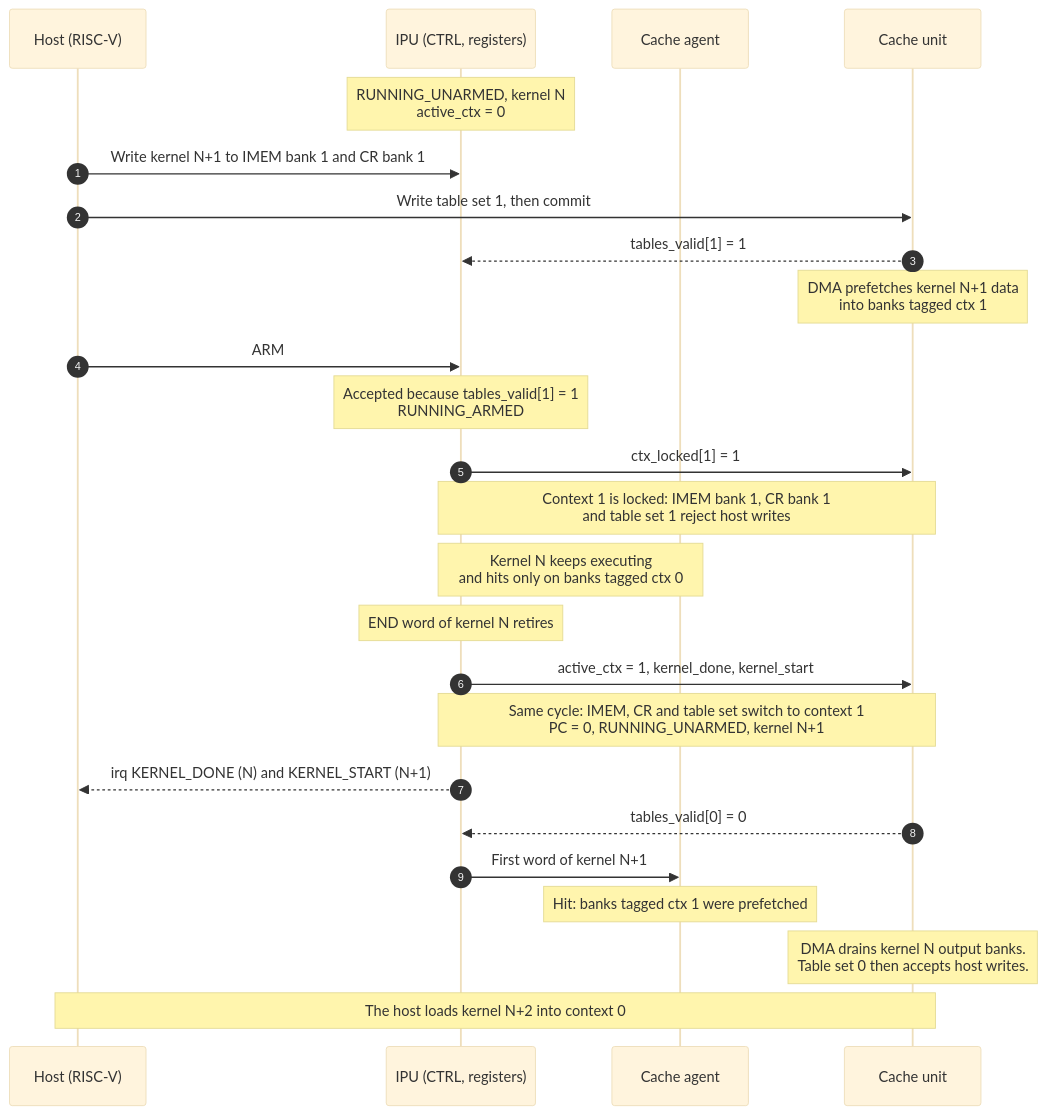
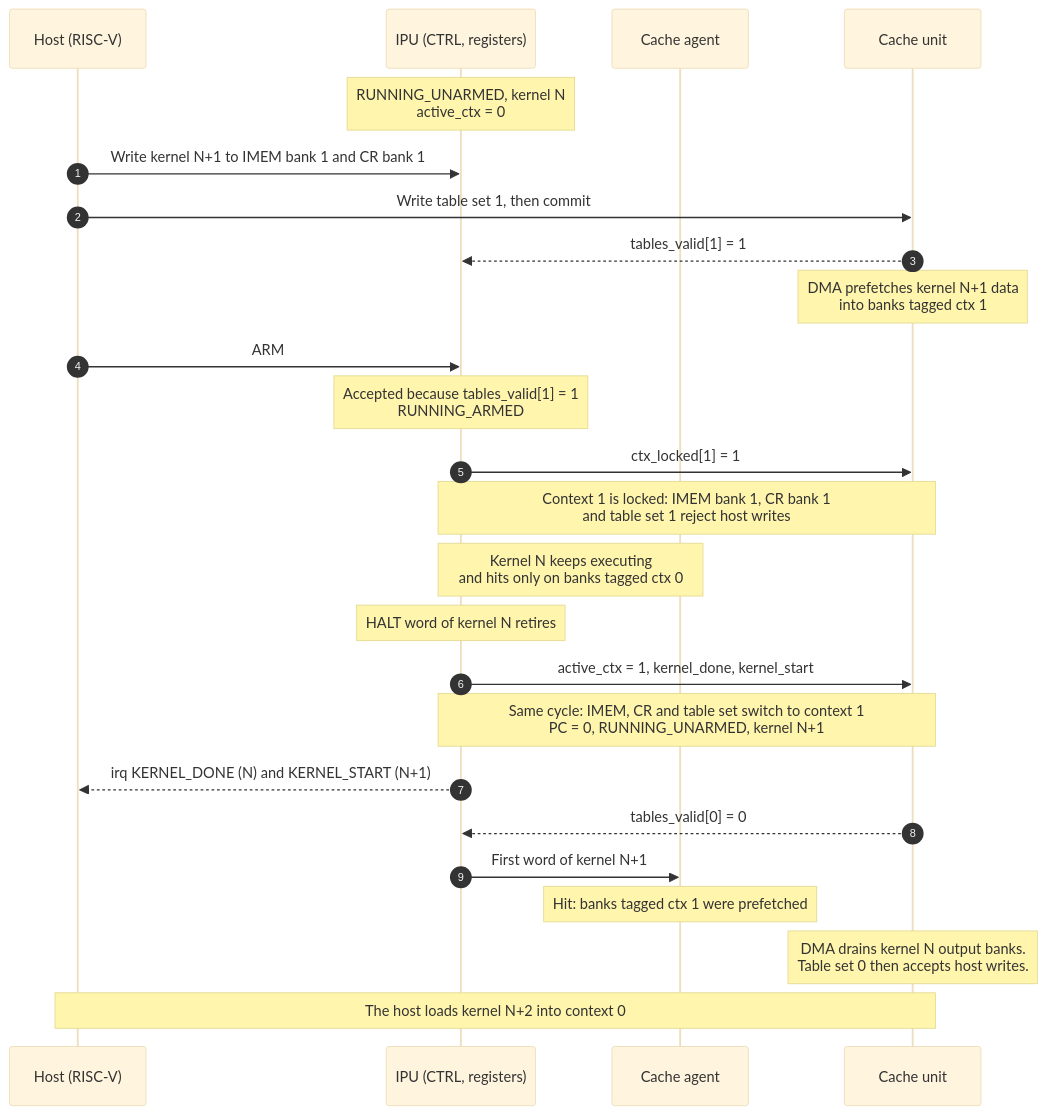
Before and after one commit to rechefe/ipu-emulator: the third of 3 diagrams in docs/content/requirements/execution-flow.md, drawn with Mermaid (base theme). The commit also changed other lines of this file and 8 other files, not shown here.

````diff
--- a/docs/content/requirements/execution-flow.md
+++ b/docs/content/requirements/execution-flow.md
@@ -141,27 +141,27 @@
 ```mermaid
 sequenceDiagram
     autonumber
     participant H as Host (RISC-V)
     participant I as IPU (CTRL, registers)
     participant A as Cache agent
     participant C as Cache unit
     Note over I: RUNNING_UNARMED, kernel N<br/>active_ctx = 0
     H->>I: Write kernel N+1 to IMEM bank 1 and CR bank 1
     H->>C: Write table set 1, then commit
     C-->>I: tables_valid[1] = 1
     Note over C: DMA prefetches kernel N+1 data<br/>into banks tagged ctx 1
     H->>I: ARM
     Note over I: Accepted because tables_valid[1] = 1<br/>RUNNING_ARMED
     I->>C: ctx_locked[1] = 1
     Note over I,C: Context 1 is locked: IMEM bank 1, CR bank 1<br/>and table set 1 reject host writes
     Note over I,A: Kernel N keeps executing<br/>and hits only on banks tagged ctx 0
-    Note over I: END word of kernel N retires
+    Note over I: HALT word of kernel N retires
     I->>C: active_ctx = 1, kernel_done, kernel_start
     Note over I,C: Same cycle: IMEM, CR and table set switch to context 1<br/>PC = 0, RUNNING_UNARMED, kernel N+1
     I-->>H: irq KERNEL_DONE (N) and KERNEL_START (N+1)
     C-->>I: tables_valid[0] = 0
     I->>A: First word of kernel N+1
     Note over A: Hit: banks tagged ctx 1 were prefetched
     Note over C: DMA drains kernel N output banks.<br/>Table set 0 then accepts host writes.
     Note over H,C: The host loads kernel N+2 into context 0
 ```
````
